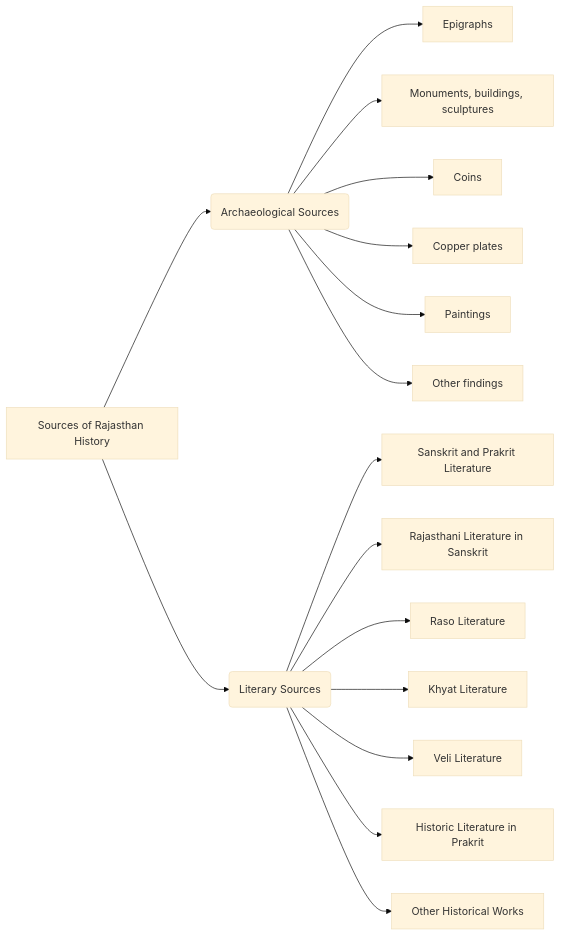
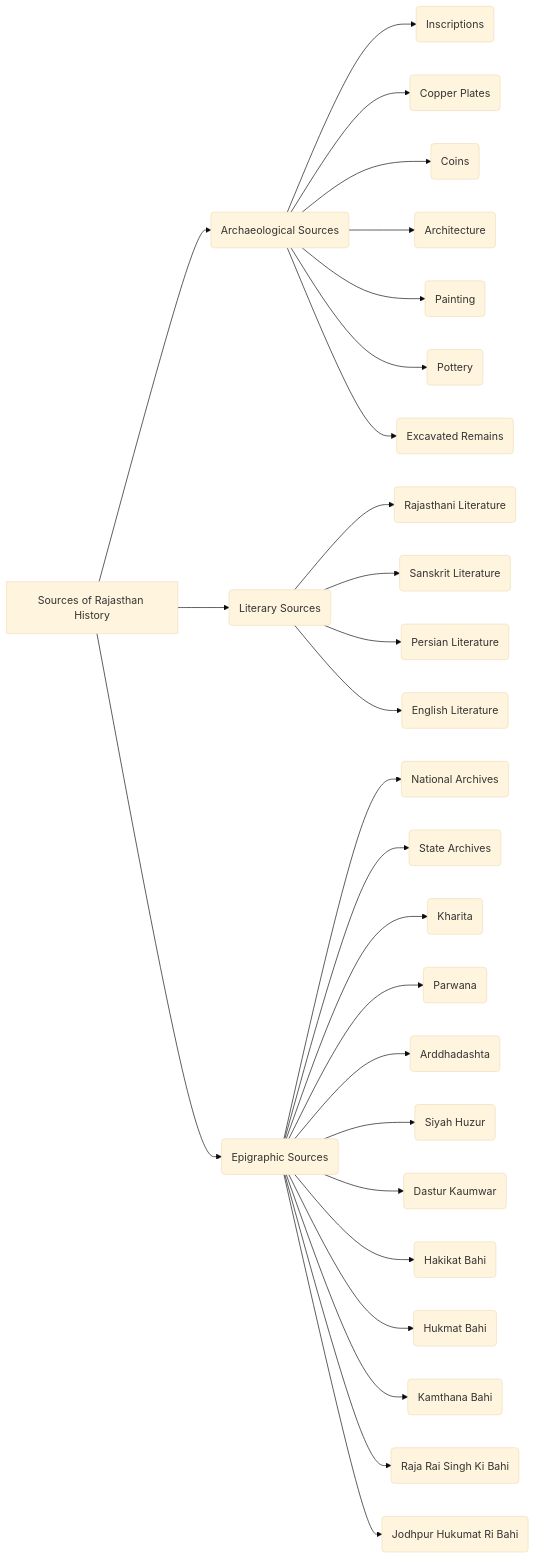
Before and after one commit to npnpatidar/rajasthan: the diagram in docs/rajasthan/history/source_of_history.md, drawn with Mermaid (base theme). The commit also changed other lines of this file and 7 other files, not shown here.

````diff
--- a/docs/rajasthan/history/source_of_history.md
+++ b/docs/rajasthan/history/source_of_history.md
@@ -1,20 +623,29 @@
 ```mermaid
 graph LR
     A[Sources of Rajasthan History] --> B(Archaeological Sources);
     A --> C(Literary Sources);
-    
-    B --> D[Epigraphs];
-    B --> E[Monuments, buildings, sculptures];
-     B --> F[Coins];
-    B --> G[Copper plates];
-    B --> H[Paintings];
-     B --> I[Other findings];
-
-    C --> J[Sanskrit and Prakrit Literature];
-     C --> K[Rajasthani Literature in Sanskrit];
-    C --> L[Raso Literature];
-    C --> M[Khyat Literature];
-     C --> N[Veli Literature];
-     C --> O[Historic Literature in Prakrit];
-    C --> P[Other Historical Works]; 
+    A --> D(Epigraphic Sources);
+     B --> B1(Inscriptions);
+     B --> B2(Copper Plates);
+    B --> B3(Coins);
+    B --> B4(Architecture);
+     B --> B5(Painting);
+     B --> B6(Pottery);
+      B --> B7(Excavated Remains);
+    C --> C1(Rajasthani Literature);
+     C --> C2(Sanskrit Literature);
+       C --> C3(Persian Literature);
+       C --> C4(English Literature);
+      D --> D1(National Archives);
+       D --> D2(State Archives);
+       D --> D3(Kharita);
+        D --> D4(Parwana);
+        D --> D5(Arddhadashta);
+         D --> D6(Siyah Huzur);
+        D --> D7(Dastur Kaumwar);
+        D --> D8(Hakikat Bahi);
+         D --> D9(Hukmat Bahi);
+          D --> D10(Kamthana Bahi);
+           D --> D11(Raja Rai Singh Ki Bahi);
+          D --> D12(Jodhpur Hukumat Ri Bahi);
 ```
````
